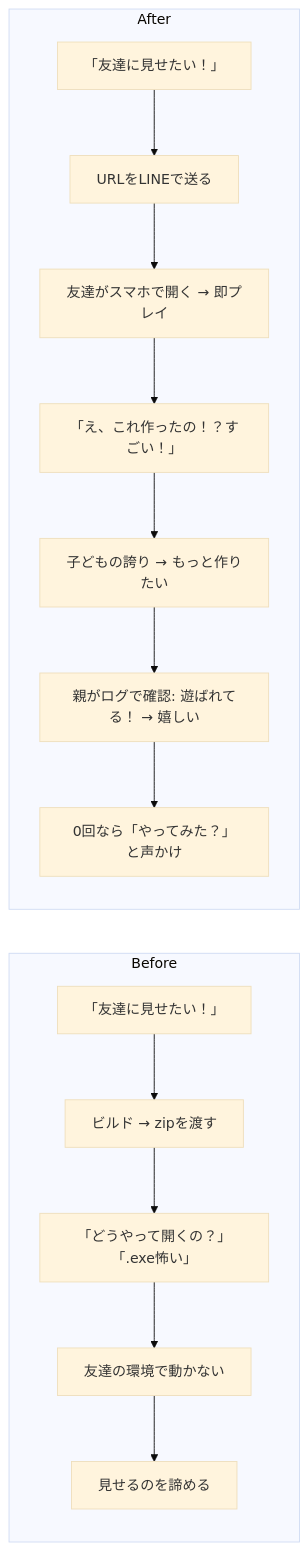
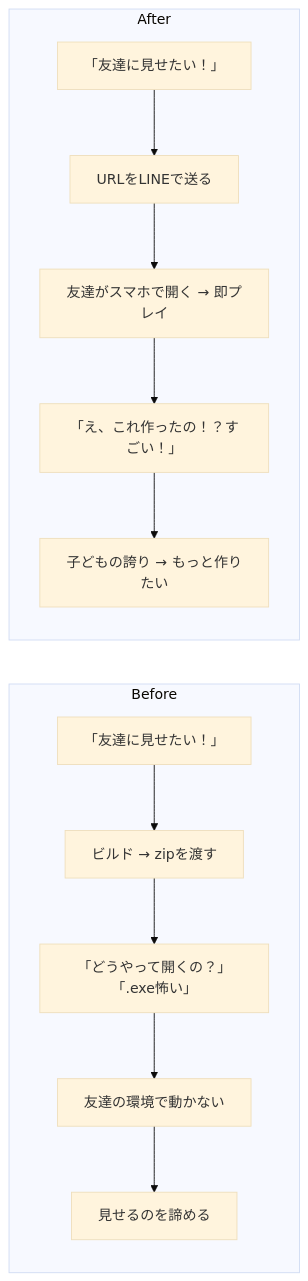
One commit to tatsuro-ueda/code-quest-pyxel changed diagram 21 of 43 in docs/gherkins/customer-journeys.md. Above: the diagram before and after it, drawn with Mermaid (base theme). The commit also changed other lines of this file and 5 other files, not shown here.

````diff
--- a/docs/gherkins/customer-journeys.md
+++ b/docs/gherkins/customer-journeys.md
@@ -417,17 +417,15 @@
 ```mermaid
 flowchart LR
     subgraph Before["Before"]
         B1[「友達に見せたい！」] --> B2[ビルド → zipを渡す]
         B2 --> B3[「どうやって開くの？」「.exe怖い」]
         B3 --> B4[友達の環境で動かない]
         B4 --> B5[見せるのを諦める]
     end
     subgraph After["After"]
         A1[「友達に見せたい！」] --> A2[URLをLINEで送る]
         A2 --> A3[友達がスマホで開く → 即プレイ]
         A3 --> A4[「え、これ作ったの！？すごい！」]
         A4 --> A5[子どもの誇り → もっと作りたい]
-        A5 --> A6[親がログで確認: 遊ばれてる！ → 嬉しい]
-        A6 --> A7[0回なら「やってみた？」と声かけ]
     end
 ```
````
